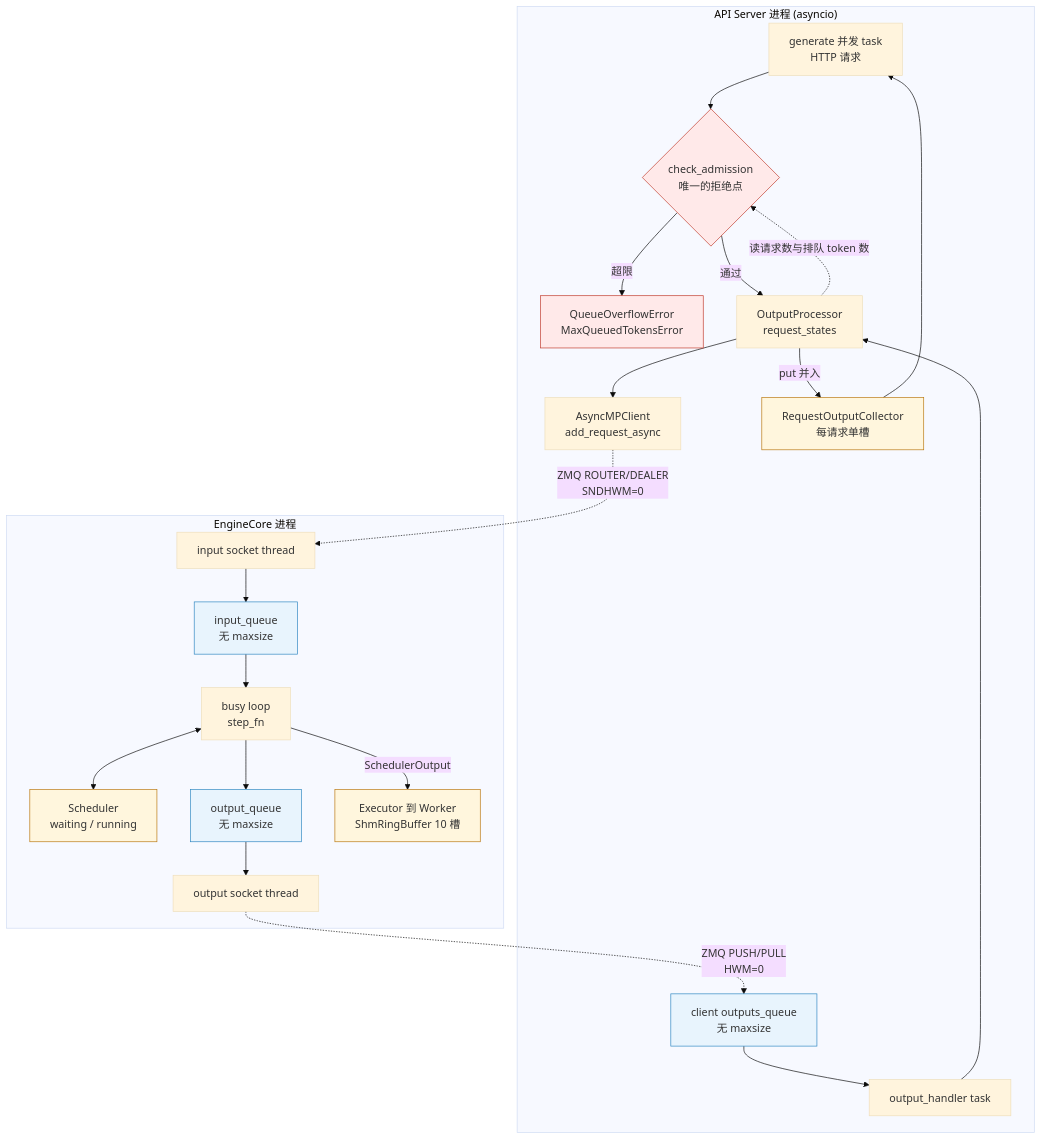
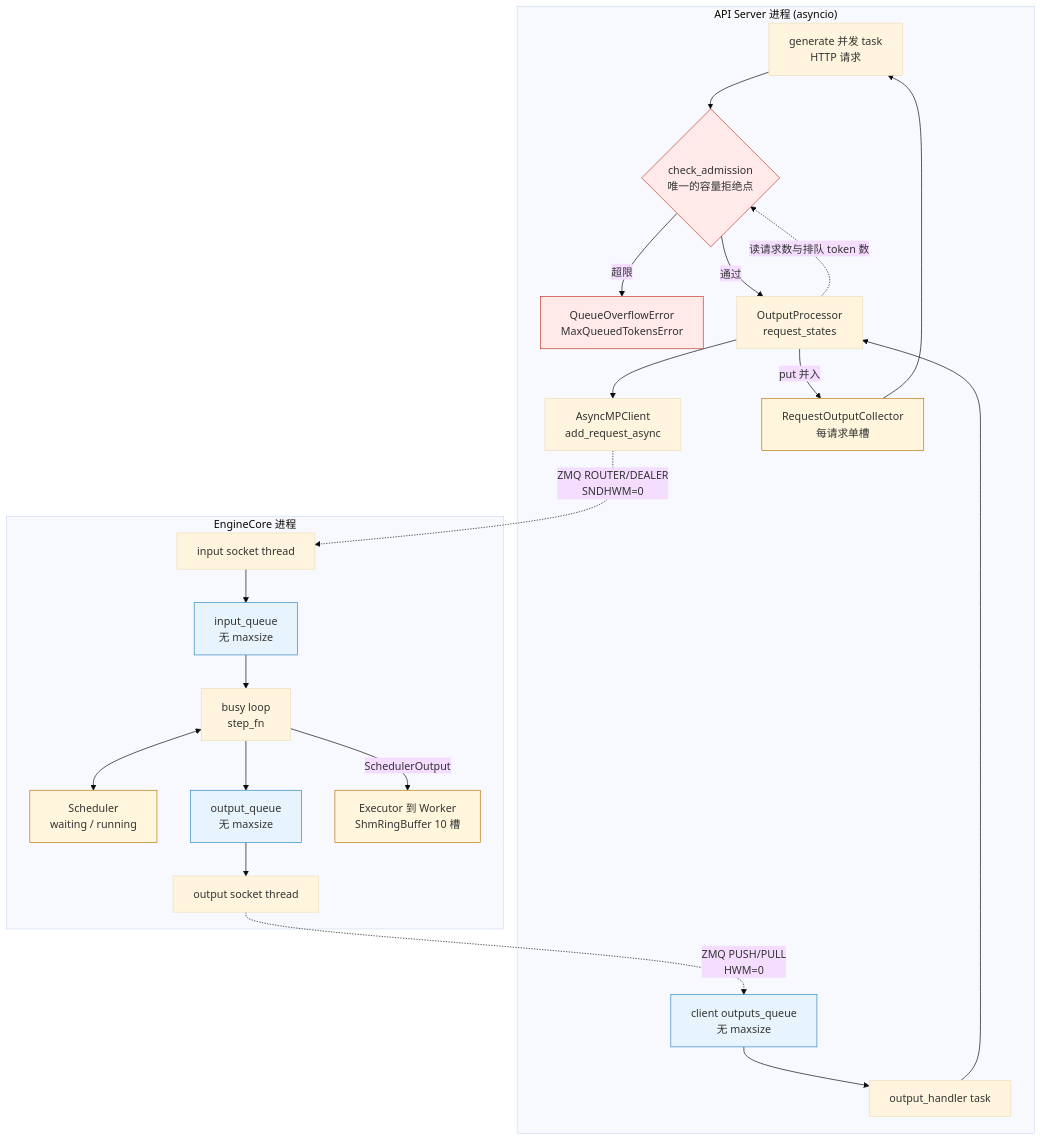
One commit to cluster1900/vllm_reader changed diagram 21 of 22 in book/02-vllm-architecture/README.md. Above: the diagram before and after it, drawn with Mermaid (base theme). The commit also changed other lines of this file and 1 other file, not shown here.

Commit message:
docs(ch02,ch03): address #29 r1 review (watchdog symbols, KV init diagram, admission wording)

````diff
--- a/book/02-vllm-architecture/README.md
+++ b/book/02-vllm-architecture/README.md
@@ -1375,30 +1375,30 @@
 ```mermaid
 flowchart TB
     subgraph API["API Server 进程 (asyncio)"]
-        H["generate 并发 task<br/>HTTP 请求"] --> ADM{"check_admission<br/>唯一的拒绝点"}
+        H["generate 并发 task<br/>HTTP 请求"] --> ADM{"check_admission<br/>唯一的容量拒绝点"}
         ADM -- "超限" --> REJ["QueueOverflowError<br/>MaxQueuedTokensError"]
         ADM -- "通过" --> OP["OutputProcessor<br/>request_states"]
         OP --> CL["AsyncMPClient<br/>add_request_async"]
         CQ["client outputs_queue<br/>无 maxsize"] --> OH["output_handler task"]
         OH --> OP
         OP -- "put 并入" --> COL["RequestOutputCollector<br/>每请求单槽"]
         COL --> H
     end
     subgraph CORE["EngineCore 进程"]
         IT["input socket thread"] --> IQ["input_queue<br/>无 maxsize"]
         IQ --> BL["busy loop<br/>step_fn"]
         BL <--> SCH["Scheduler<br/>waiting / running"]
         BL --> OQ["output_queue<br/>无 maxsize"]
         OQ --> OT["output socket thread"]
         BL -- "SchedulerOutput" --> RB["Executor 到 Worker<br/>ShmRingBuffer 10 槽"]
     end
     CL -. "ZMQ ROUTER/DEALER<br/>SNDHWM=0" .-> IT
     OT -. "ZMQ PUSH/PULL<br/>HWM=0" .-> CQ
     OP -. "读请求数与排队 token 数" .-> ADM
     classDef gate fill:#ffe9e9,stroke:#c0392b;
     classDef bounded fill:#fff6dd,stroke:#b9770e;
     classDef unbounded fill:#e8f4fd,stroke:#2e86c1;
     class ADM,REJ gate;
     class SCH,RB,COL bounded;
     class CQ,IQ,OQ unbounded;
 ```
````
